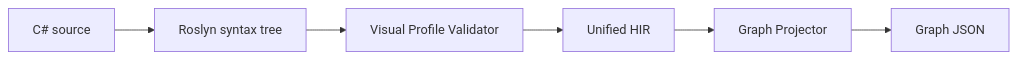
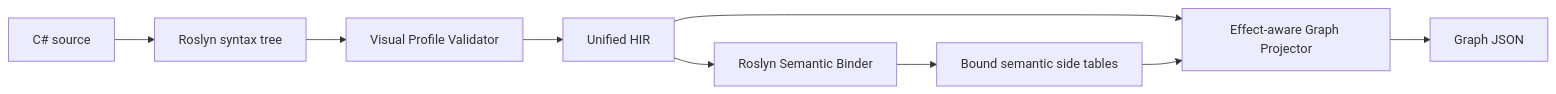
One commit to whisper3zzz/FinareScript changed the diagram in docs/ARCHITECTURE.md. Above: the diagram before and after it, drawn with Mermaid. The commit also changed other lines of this file and 29 other files, not shown here.

Commit message:
feat: add semantic binding and effect-aware graphs

````diff
--- a/docs/ARCHITECTURE.md
+++ b/docs/ARCHITECTURE.md
@@ -42,8 +47,11 @@
 ```mermaid
 flowchart LR
     Source["C# source"] --> Roslyn["Roslyn syntax tree"]
     Roslyn --> Validator["Visual Profile Validator"]
     Validator --> HIR["Unified HIR"]
-    HIR --> Projector["Graph Projector"]
+    HIR --> Binder["Roslyn Semantic Binder"]
+    Binder --> Bound["Bound semantic side tables"]
+    HIR --> Projector["Effect-aware Graph Projector"]
+    Bound --> Projector
     Projector --> Graph["Graph JSON"]
 ```
````
